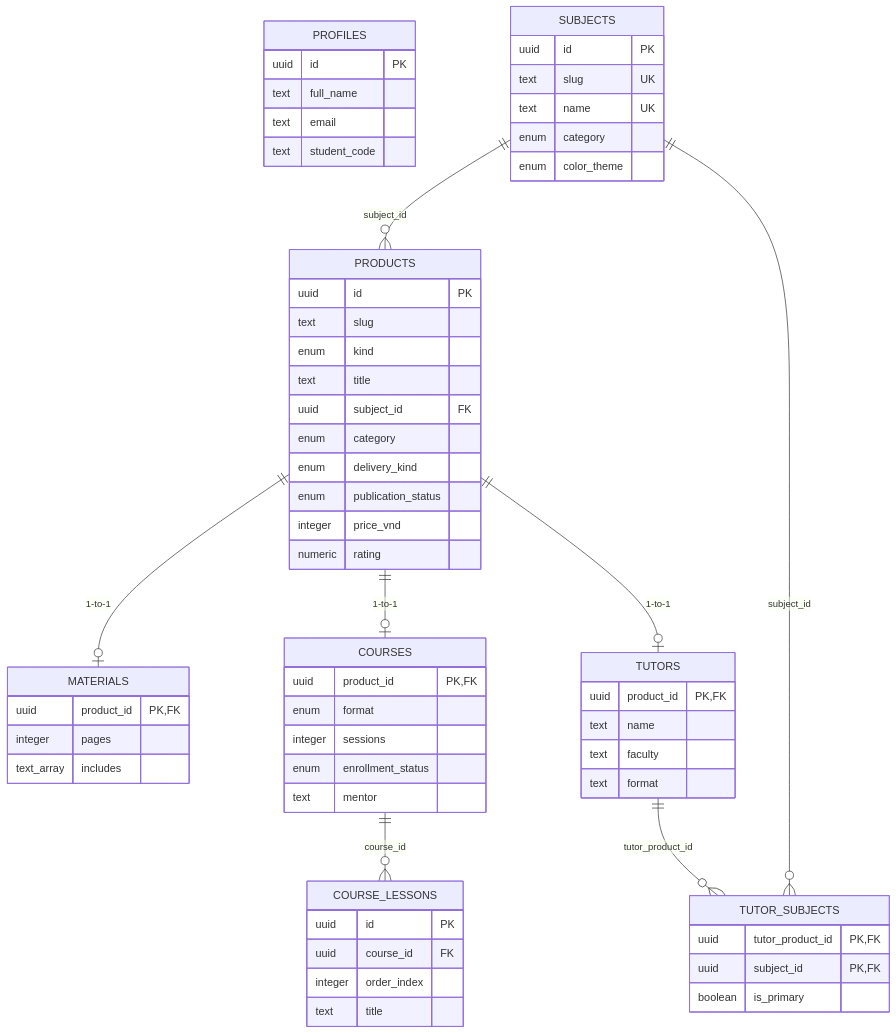
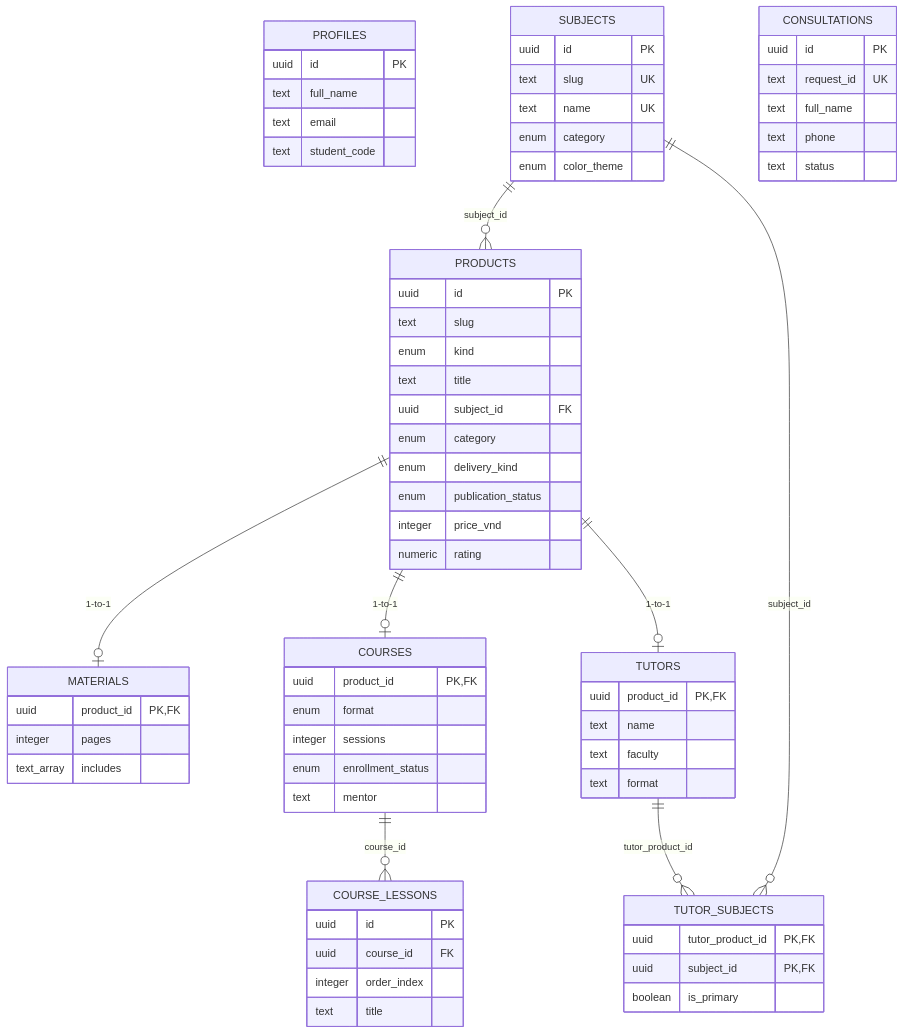
Before and after one commit to tlee126/left-hand: the diagram in docs/database.md, drawn with Mermaid. The commit also changed other lines of this file and 4 other files, not shown here.

Commit message:
feat: add consultation lead schema

````diff
--- a/docs/database.md
+++ b/docs/database.md
@@ -29,72 +30,80 @@
 ```mermaid
 erDiagram
     PROFILES {
         uuid id PK
         text full_name
         text email
         text student_code
     }
 
     SUBJECTS {
         uuid id PK
         text slug UK
         text name UK
         enum category
         enum color_theme
     }
 
     PRODUCTS {
         uuid id PK
         text slug
         enum kind
         text title
         uuid subject_id FK
         enum category
         enum delivery_kind
         enum publication_status
         integer price_vnd
         numeric rating
     }
 
     MATERIALS {
         uuid product_id PK, FK
         integer pages
         text_array includes
     }
 
     COURSES {
         uuid product_id PK, FK
         enum format
         integer sessions
         enum enrollment_status
         text mentor
     }
 
     COURSE_LESSONS {
         uuid id PK
         uuid course_id FK
         integer order_index
         text title
     }
 
     TUTORS {
         uuid product_id PK, FK
         text name
         text faculty
         text format
     }
 
     TUTOR_SUBJECTS {
         uuid tutor_product_id PK, FK
         uuid subject_id PK, FK
         boolean is_primary
     }
 
+    CONSULTATIONS {
+        uuid id PK
+        text request_id UK
+        text full_name
+        text phone
+        text status
+    }
+
     SUBJECTS ||--o{ PRODUCTS : "subject_id"
     PRODUCTS ||--o| MATERIALS : "1-to-1"
     PRODUCTS ||--o| COURSES : "1-to-1"
     PRODUCTS ||--o| TUTORS : "1-to-1"
     COURSES ||--o{ COURSE_LESSONS : "course_id"
     TUTORS ||--o{ TUTOR_SUBJECTS : "tutor_product_id"
     SUBJECTS ||--o{ TUTOR_SUBJECTS : "subject_id"
 ```
````
